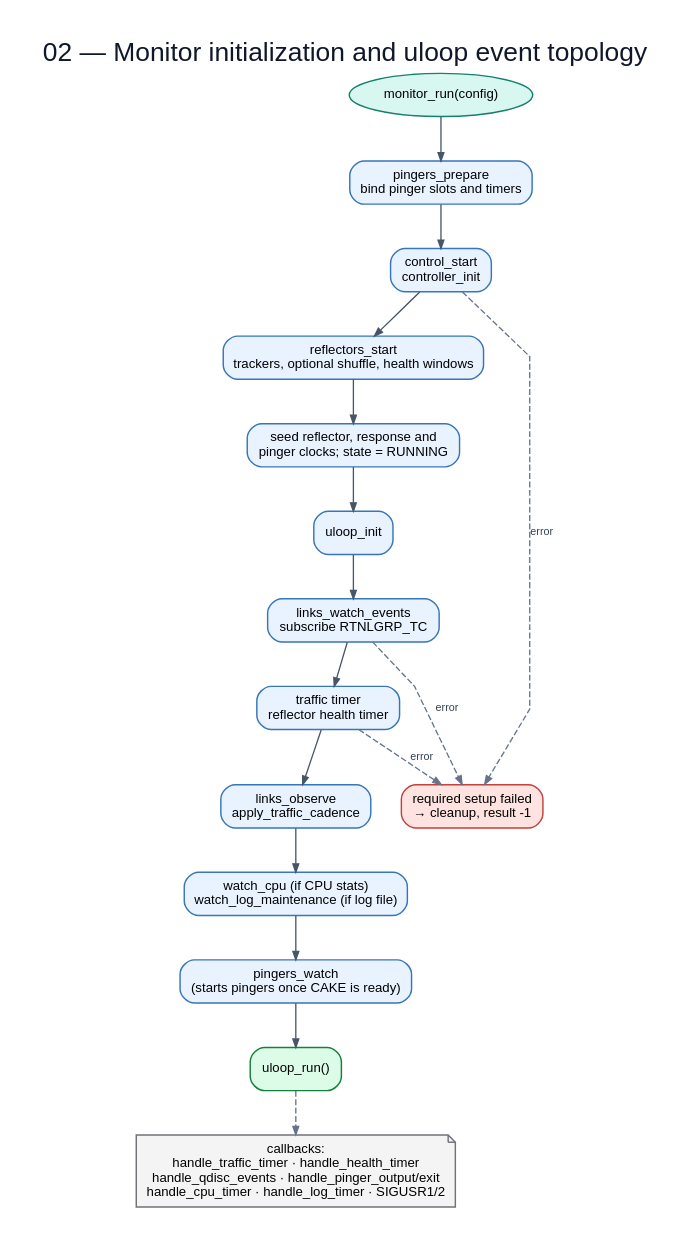
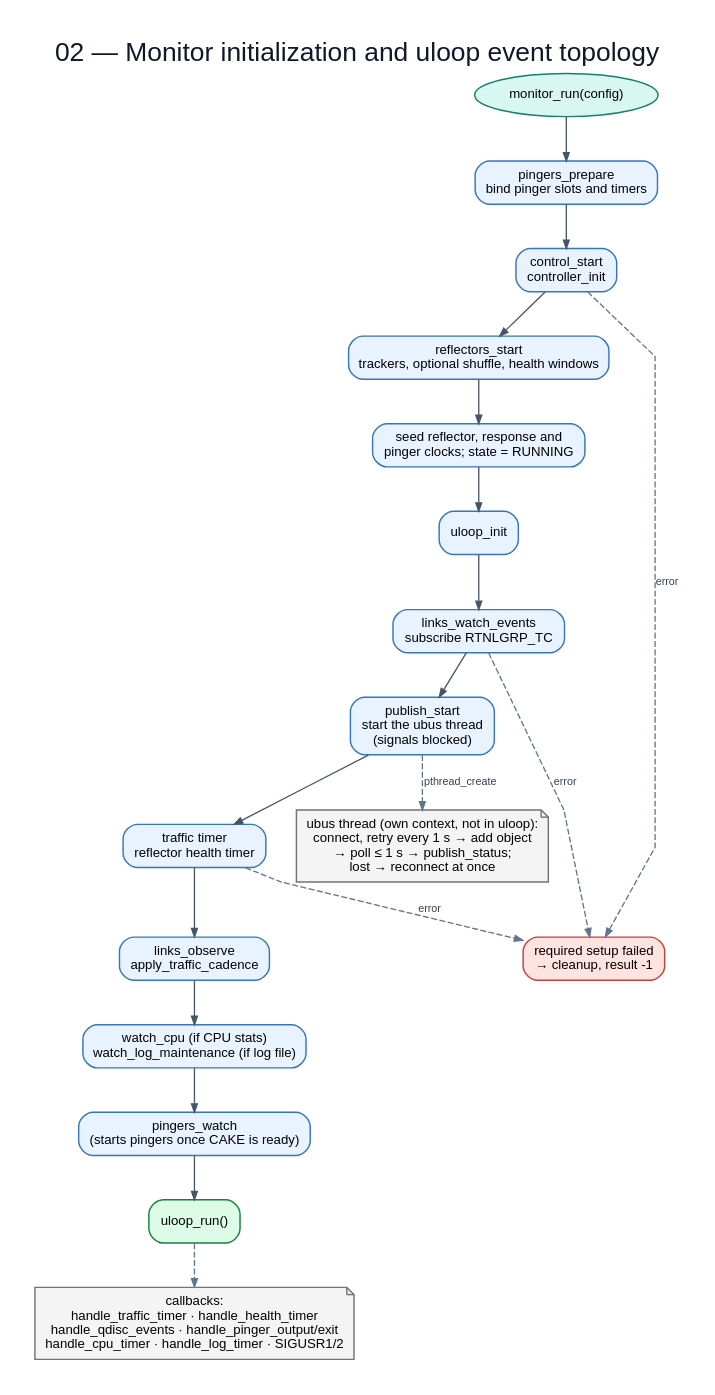
One commit to huydoan94/cake-adapt changed the diagram in flowchart/diagrams/02-monitor-initialization.dot. Above: the diagram before and after it, drawn with Graphviz. The commit also changed 15 other files, not shown here.

First line of the commit message:
docs, flowchart: LuCI app, ubus status, instance lock and service

```diff
--- a/flowchart/diagrams/02-monitor-initialization.dot
+++ b/flowchart/diagrams/02-monitor-initialization.dot
@@ -1,34 +1,38 @@
 digraph G {
   graph [rankdir=TB,bgcolor="white",pad="0.30",nodesep="0.35",ranksep="0.48",splines=polyline,fontname="Arial",label="02 — Monitor initialization and uloop event topology",labelloc=t,fontsize=22,fontcolor="#0f172a"];
   node [fontname="Arial",fontsize=11,margin="0.14,0.09",penwidth=1.2];
   edge [fontname="Arial",fontsize=9,color="#475569",fontcolor="#334155",arrowsize=0.7,penwidth=1.1];
   start [label="monitor_run(config)",shape=oval,style="filled",fillcolor="#d9f7f1",color="#17806d"];
   pingers [label="pingers_prepare\nbind pinger slots and timers",shape=box,style="rounded,filled",fillcolor="#e9f2ff",color="#3676b9"];
   controller [label="control_start\ncontroller_init",shape=box,style="rounded,filled",fillcolor="#e9f2ff",color="#3676b9"];
   reflectors [label="reflectors_start\ntrackers, optional shuffle, health windows",shape=box,style="rounded,filled",fillcolor="#e9f2ff",color="#3676b9"];
   clocks [label="seed reflector, response and\npinger clocks; state = RUNNING",shape=box,style="rounded,filled",fillcolor="#e9f2ff",color="#3676b9"];
   uloop [label="uloop_init",shape=box,style="rounded,filled",fillcolor="#e9f2ff",color="#3676b9"];
   events [label="links_watch_events\nsubscribe RTNLGRP_TC",shape=box,style="rounded,filled",fillcolor="#e9f2ff",color="#3676b9"];
+  publish [label="publish_start\nstart the ubus thread\n(signals blocked)",shape=box,style="rounded,filled",fillcolor="#e9f2ff",color="#3676b9"];
   timers [label="traffic timer\nreflector health timer",shape=box,style="rounded,filled",fillcolor="#e9f2ff",color="#3676b9"];
   first [label="links_observe\napply_traffic_cadence",shape=box,style="rounded,filled",fillcolor="#e9f2ff",color="#3676b9"];
   optional [label="watch_cpu (if CPU stats)\nwatch_log_maintenance (if log file)",shape=box,style="rounded,filled",fillcolor="#e9f2ff",color="#3676b9"];
   latency [label="pingers_watch\n(starts pingers once CAKE is ready)",shape=box,style="rounded,filled",fillcolor="#e9f2ff",color="#3676b9"];
   run [label="uloop_run()",shape=box,style="rounded,filled,bold",fillcolor="#dcfce7",color="#15803d"];
   fail [label="required setup failed\n→ cleanup, result -1",shape=box,style="rounded,filled",fillcolor="#ffe3e0",color="#c2413b"];
   cb [label="callbacks:\nhandle_traffic_timer · handle_health_timer\nhandle_qdisc_events · handle_pinger_output/exit\nhandle_cpu_timer · handle_log_timer · SIGUSR1/2",shape=note,style="filled",fillcolor="#f4f4f5",color="#71717a"];
+  thread [label="ubus thread (own context, not in uloop):\nconnect, retry every 1 s → add object\n→ poll ≤ 1 s → publish_status;\nlost → reconnect at once",shape=note,style="filled",fillcolor="#f4f4f5",color="#71717a"];
   start -> pingers;
   pingers -> controller;
   controller -> reflectors;
   reflectors -> clocks;
   clocks -> uloop;
   uloop -> events;
-  events -> timers;
+  events -> publish;
+  publish -> timers;
   timers -> first;
   first -> optional;
   optional -> latency;
   latency -> run;
   controller -> fail [label="error",style=dashed,color="#64748b"];
   events -> fail [label="error",style=dashed,color="#64748b"];
   timers -> fail [label="error",style=dashed,color="#64748b"];
   run -> cb [style=dashed,color="#64748b"];
+  publish -> thread [label="pthread_create",style=dashed,color="#64748b"];
 }
```
